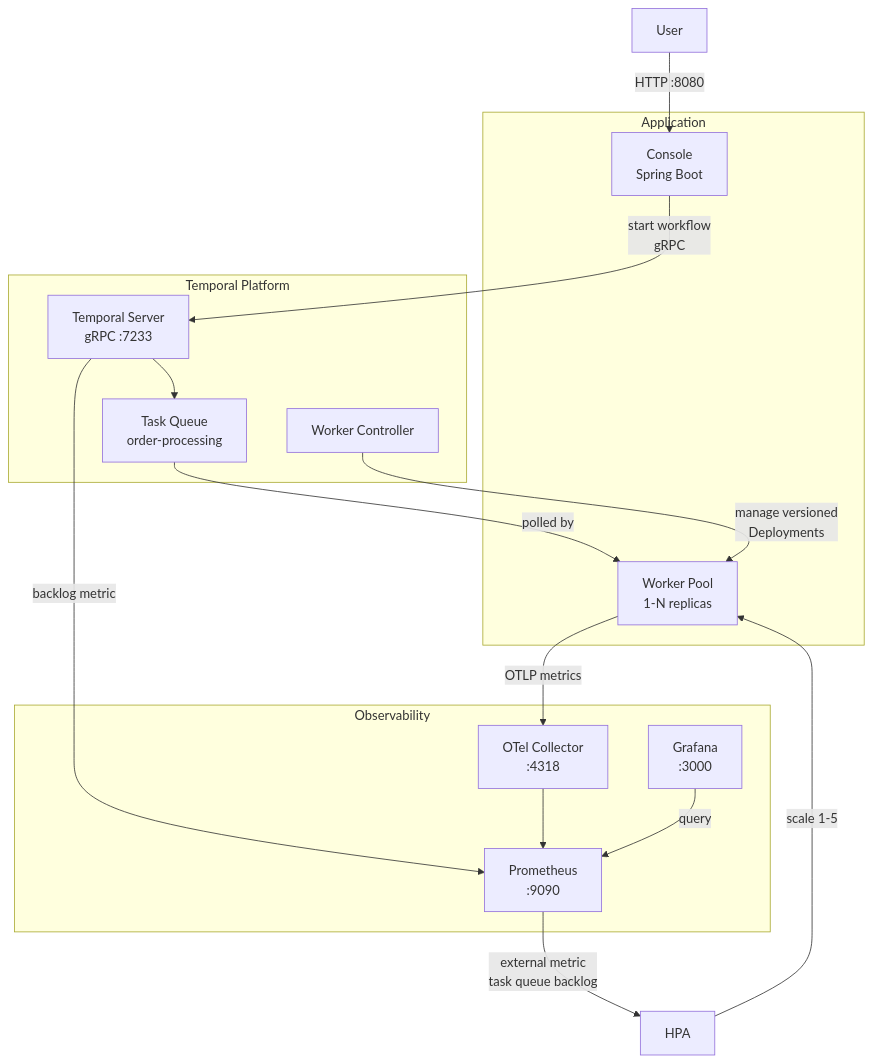
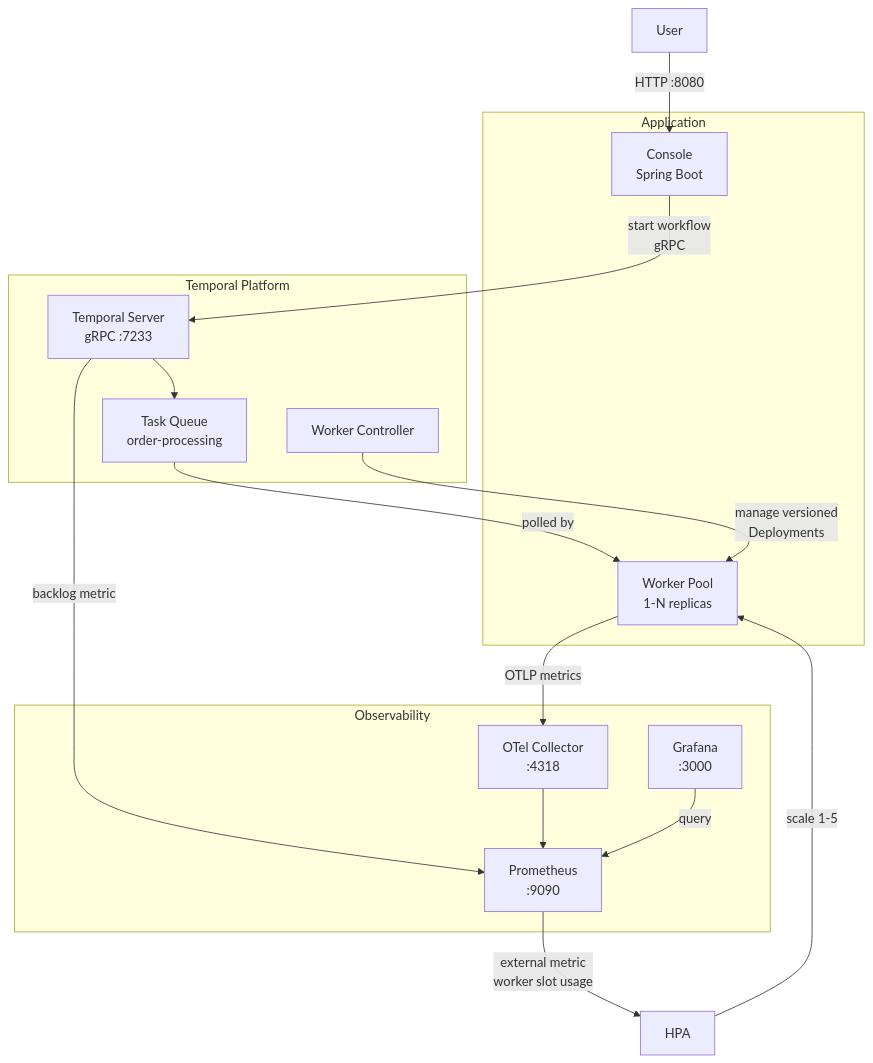
Before and after one commit to alexandreroman/temporal-autoscaling-demo: the first of 2 diagrams in README.md, drawn with Mermaid. The commit also changed other lines of this file and 2 other files, not shown here.

First line of the commit message:
Switch HPA to per-version worker slot usage metric

````diff
--- a/README.md
+++ b/README.md
@@ -85,37 +85,37 @@
 ```mermaid
 graph TB
     %% Main workflow submission flow (top row)
     User[User] -->|HTTP :8080| Console
 
     subgraph App["Application"]
         Console[Console<br>Spring Boot]
         Workers[Worker Pool<br>1-N replicas]
     end
 
     subgraph Temporal["Temporal Platform"]
         Server[Temporal Server<br>gRPC :7233]
         TQ[Task Queue<br>order-processing]
         WC[Worker Controller]
     end
 
     Console -->|start workflow<br>gRPC| Server
     Server --> TQ
 
     %% Worker Controller and HPA layer
     TQ -->|polled by| Workers
     WC -->|manage versioned<br>Deployments| Workers
     HPA[HPA] -->|scale 1-5| Workers
-    Prometheus -->|external metric<br>task queue backlog| HPA
+    Prometheus -->|external metric<br>worker slot usage| HPA
 
     %% Observability stack (bottom row)
     subgraph Observability
         OTel[OTel Collector<br>:4318]
         Prometheus[Prometheus<br>:9090]
         Grafana[Grafana<br>:3000]
     end
 
     Workers -->|OTLP metrics| OTel
     Server -->|backlog metric| Prometheus
     OTel --> Prometheus
     Grafana -->|query| Prometheus
 ```
````
